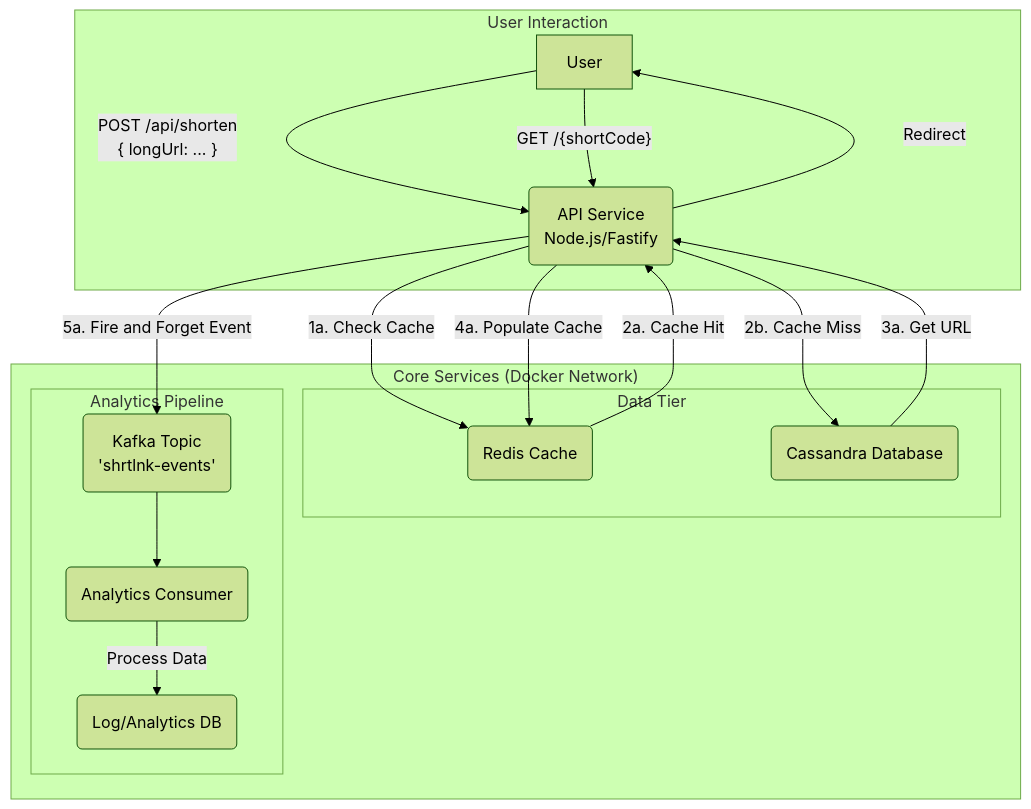
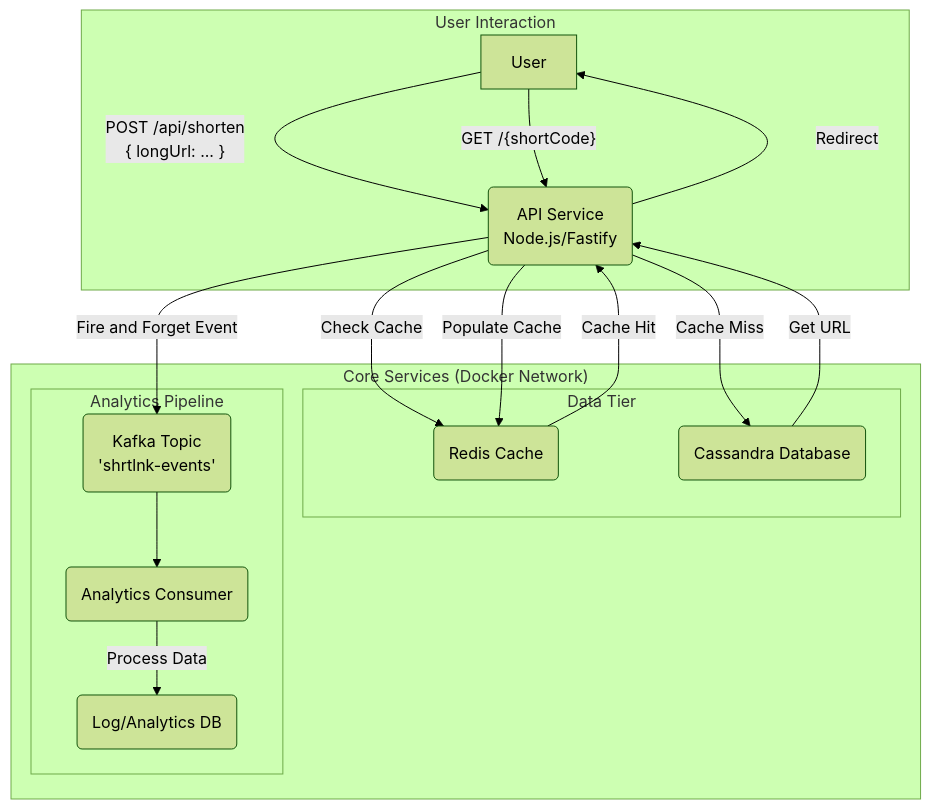
The diagram in README.md (abdkhaleel/shrtlnk), drawn with Mermaid (forest theme) before and after one commit.

Commit message:
readme updation

````diff
--- a/README.md
+++ b/README.md
@@ -29,33 +29,33 @@
 ```mermaid
 graph TD
     subgraph User Interaction
         User -- "POST /api/shorten<br>{ longUrl: ... }" --> API
         User -- "GET /{shortCode}" --> API
     end
 
     subgraph "Core Services (Docker Network)"
         API(API Service<br>Node.js/Fastify)
 
         subgraph Data Tier
             Redis(Redis Cache)
             Cassandra(Cassandra Database)
         end
 
         subgraph Analytics Pipeline
             Kafka(Kafka Topic<br>'shrtlnk-events')
             Consumer(Analytics Consumer)
             AnalyticsDB(Log/Analytics DB)
         end
 
-        API -- 1a. Check Cache --> Redis
-        Redis -- "2a. Cache Hit" --> API
-        API -- "2b. Cache Miss" --> Cassandra
-        Cassandra -- "3a. Get URL" --> API
-        API -- "4a. Populate Cache" --> Redis
-        API -- "5a. Fire and Forget Event" --> Kafka
+        API -- Check Cache --> Redis
+        Redis -- "Cache Hit" --> API
+        API -- "Cache Miss" --> Cassandra
+        Cassandra -- "Get URL" --> API
+        API -- "Populate Cache" --> Redis
+        API -- "Fire and Forget Event" --> Kafka
         Kafka --> Consumer
         Consumer -- "Process Data" --> AnalyticsDB
     end
 
     API -- "Redirect" --> User
 ```
````
